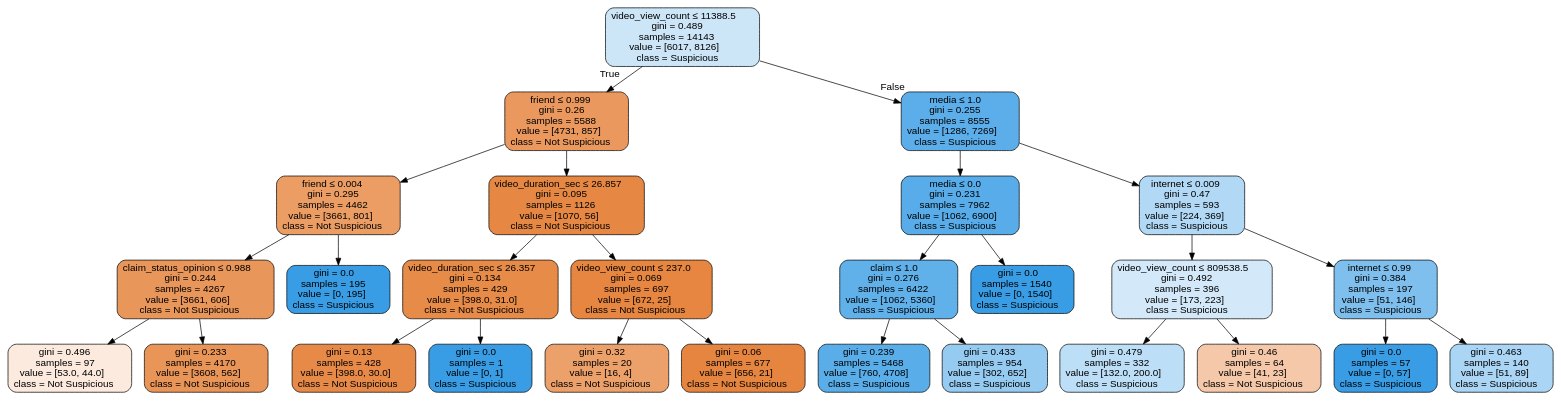
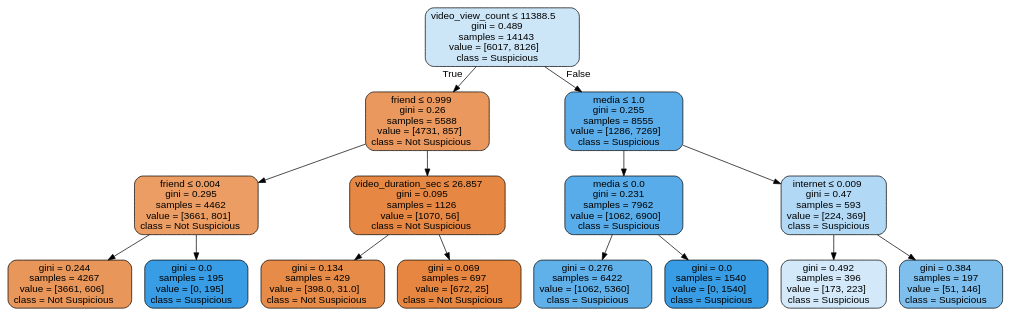
One commit to Takosaga/fall_24 changed the diagram in machine_learning_and_predictive_analytics/detecting_suspicious_tiktok_content_creators/notebooks/tree.dot. Above: the diagram before and after it, drawn with Graphviz.

Commit message:
feat: adjusted a value

```diff
--- a/machine_learning_and_predictive_analytics/detecting_suspicious_tiktok_content_creators/notebooks/tree.dot
+++ b/machine_learning_and_predictive_analytics/detecting_suspicious_tiktok_content_creators/notebooks/tree.dot
@@ -1,57 +1,33 @@
 digraph Tree {
 node [shape=box, style="filled, rounded", color="black", fontname="helvetica"] ;
 edge [fontname="helvetica"] ;
 0 [label=<video_view_count &le; 11388.5<br/>gini = 0.489<br/>samples = 14143<br/>value = [6017, 8126]<br/>class = Suspicious>, fillcolor="#cce6f8"] ;
 1 [label=<friend &le; 0.999<br/>gini = 0.26<br/>samples = 5588<br/>value = [4731, 857]<br/>class = Not Suspicious>, fillcolor="#ea985d"] ;
 0 -> 1 [labeldistance=2.5, labelangle=45, headlabel="True"] ;
 2 [label=<friend &le; 0.004<br/>gini = 0.295<br/>samples = 4462<br/>value = [3661, 801]<br/>class = Not Suspicious>, fillcolor="#eb9d64"] ;
 1 -> 2 ;
-3 [label=<claim_status_opinion &le; 0.988<br/>gini = 0.244<br/>samples = 4267<br/>value = [3661, 606]<br/>class = Not Suspicious>, fillcolor="#e9965a"] ;
+3 [label=<gini = 0.244<br/>samples = 4267<br/>value = [3661, 606]<br/>class = Not Suspicious>, fillcolor="#e9965a"] ;
 2 -> 3 ;
-4 [label=<gini = 0.496<br/>samples = 97<br/>value = [53.0, 44.0]<br/>class = Not Suspicious>, fillcolor="#fbeadd"] ;
-3 -> 4 ;
-5 [label=<gini = 0.233<br/>samples = 4170<br/>value = [3608, 562]<br/>class = Not Suspicious>, fillcolor="#e99558"] ;
-3 -> 5 ;
-6 [label=<gini = 0.0<br/>samples = 195<br/>value = [0, 195]<br/>class = Suspicious>, fillcolor="#399de5"] ;
-2 -> 6 ;
-7 [label=<video_duration_sec &le; 26.857<br/>gini = 0.095<br/>samples = 1126<br/>value = [1070, 56]<br/>class = Not Suspicious>, fillcolor="#e68843"] ;
-1 -> 7 ;
-8 [label=<video_duration_sec &le; 26.357<br/>gini = 0.134<br/>samples = 429<br/>value = [398.0, 31.0]<br/>class = Not Suspicious>, fillcolor="#e78b48"] ;
-7 -> 8 ;
-9 [label=<gini = 0.13<br/>samples = 428<br/>value = [398.0, 30.0]<br/>class = Not Suspicious>, fillcolor="#e78a48"] ;
+4 [label=<gini = 0.0<br/>samples = 195<br/>value = [0, 195]<br/>class = Suspicious>, fillcolor="#399de5"] ;
+2 -> 4 ;
+5 [label=<video_duration_sec &le; 26.857<br/>gini = 0.095<br/>samples = 1126<br/>value = [1070, 56]<br/>class = Not Suspicious>, fillcolor="#e68843"] ;
+1 -> 5 ;
+6 [label=<gini = 0.134<br/>samples = 429<br/>value = [398.0, 31.0]<br/>class = Not Suspicious>, fillcolor="#e78b48"] ;
+5 -> 6 ;
+7 [label=<gini = 0.069<br/>samples = 697<br/>value = [672, 25]<br/>class = Not Suspicious>, fillcolor="#e68640"] ;
+5 -> 7 ;
+8 [label=<media &le; 1.0<br/>gini = 0.255<br/>samples = 8555<br/>value = [1286, 7269]<br/>class = Suspicious>, fillcolor="#5caeea"] ;
+0 -> 8 [labeldistance=2.5, labelangle=-45, headlabel="False"] ;
+9 [label=<media &le; 0.0<br/>gini = 0.231<br/>samples = 7962<br/>value = [1062, 6900]<br/>class = Suspicious>, fillcolor="#57ace9"] ;
 8 -> 9 ;
-10 [label=<gini = 0.0<br/>samples = 1<br/>value = [0, 1]<br/>class = Suspicious>, fillcolor="#399de5"] ;
-8 -> 10 ;
-11 [label=<video_view_count &le; 237.0<br/>gini = 0.069<br/>samples = 697<br/>value = [672, 25]<br/>class = Not Suspicious>, fillcolor="#e68640"] ;
-7 -> 11 ;
-12 [label=<gini = 0.32<br/>samples = 20<br/>value = [16, 4]<br/>class = Not Suspicious>, fillcolor="#eca06a"] ;
-11 -> 12 ;
-13 [label=<gini = 0.06<br/>samples = 677<br/>value = [656, 21]<br/>class = Not Suspicious>, fillcolor="#e6853f"] ;
-11 -> 13 ;
-14 [label=<media &le; 1.0<br/>gini = 0.255<br/>samples = 8555<br/>value = [1286, 7269]<br/>class = Suspicious>, fillcolor="#5caeea"] ;
-0 -> 14 [labeldistance=2.5, labelangle=-45, headlabel="False"] ;
-15 [label=<media &le; 0.0<br/>gini = 0.231<br/>samples = 7962<br/>value = [1062, 6900]<br/>class = Suspicious>, fillcolor="#57ace9"] ;
-14 -> 15 ;
-16 [label=<claim &le; 1.0<br/>gini = 0.276<br/>samples = 6422<br/>value = [1062, 5360]<br/>class = Suspicious>, fillcolor="#60b0ea"] ;
-15 -> 16 ;
-17 [label=<gini = 0.239<br/>samples = 5468<br/>value = [760, 4708]<br/>class = Suspicious>, fillcolor="#59ade9"] ;
-16 -> 17 ;
-18 [label=<gini = 0.433<br/>samples = 954<br/>value = [302, 652]<br/>class = Suspicious>, fillcolor="#95caf1"] ;
-16 -> 18 ;
-19 [label=<gini = 0.0<br/>samples = 1540<br/>value = [0, 1540]<br/>class = Suspicious>, fillcolor="#399de5"] ;
-15 -> 19 ;
-20 [label=<internet &le; 0.009<br/>gini = 0.47<br/>samples = 593<br/>value = [224, 369]<br/>class = Suspicious>, fillcolor="#b1d8f5"] ;
-14 -> 20 ;
-21 [label=<video_view_count &le; 809538.5<br/>gini = 0.492<br/>samples = 396<br/>value = [173, 223]<br/>class = Suspicious>, fillcolor="#d3e9f9"] ;
-20 -> 21 ;
-22 [label=<gini = 0.479<br/>samples = 332<br/>value = [132.0, 200.0]<br/>class = Suspicious>, fillcolor="#bcdef6"] ;
-21 -> 22 ;
-23 [label=<gini = 0.46<br/>samples = 64<br/>value = [41, 23]<br/>class = Not Suspicious>, fillcolor="#f4c8a8"] ;
-21 -> 23 ;
-24 [label=<internet &le; 0.99<br/>gini = 0.384<br/>samples = 197<br/>value = [51, 146]<br/>class = Suspicious>, fillcolor="#7ebfee"] ;
-20 -> 24 ;
-25 [label=<gini = 0.0<br/>samples = 57<br/>value = [0, 57]<br/>class = Suspicious>, fillcolor="#399de5"] ;
-24 -> 25 ;
-26 [label=<gini = 0.463<br/>samples = 140<br/>value = [51, 89]<br/>class = Suspicious>, fillcolor="#aad5f4"] ;
-24 -> 26 ;
+10 [label=<gini = 0.276<br/>samples = 6422<br/>value = [1062, 5360]<br/>class = Suspicious>, fillcolor="#60b0ea"] ;
+9 -> 10 ;
+11 [label=<gini = 0.0<br/>samples = 1540<br/>value = [0, 1540]<br/>class = Suspicious>, fillcolor="#399de5"] ;
+9 -> 11 ;
+12 [label=<internet &le; 0.009<br/>gini = 0.47<br/>samples = 593<br/>value = [224, 369]<br/>class = Suspicious>, fillcolor="#b1d8f5"] ;
+8 -> 12 ;
+13 [label=<gini = 0.492<br/>samples = 396<br/>value = [173, 223]<br/>class = Suspicious>, fillcolor="#d3e9f9"] ;
+12 -> 13 ;
+14 [label=<gini = 0.384<br/>samples = 197<br/>value = [51, 146]<br/>class = Suspicious>, fillcolor="#7ebfee"] ;
+12 -> 14 ;
 }
```
